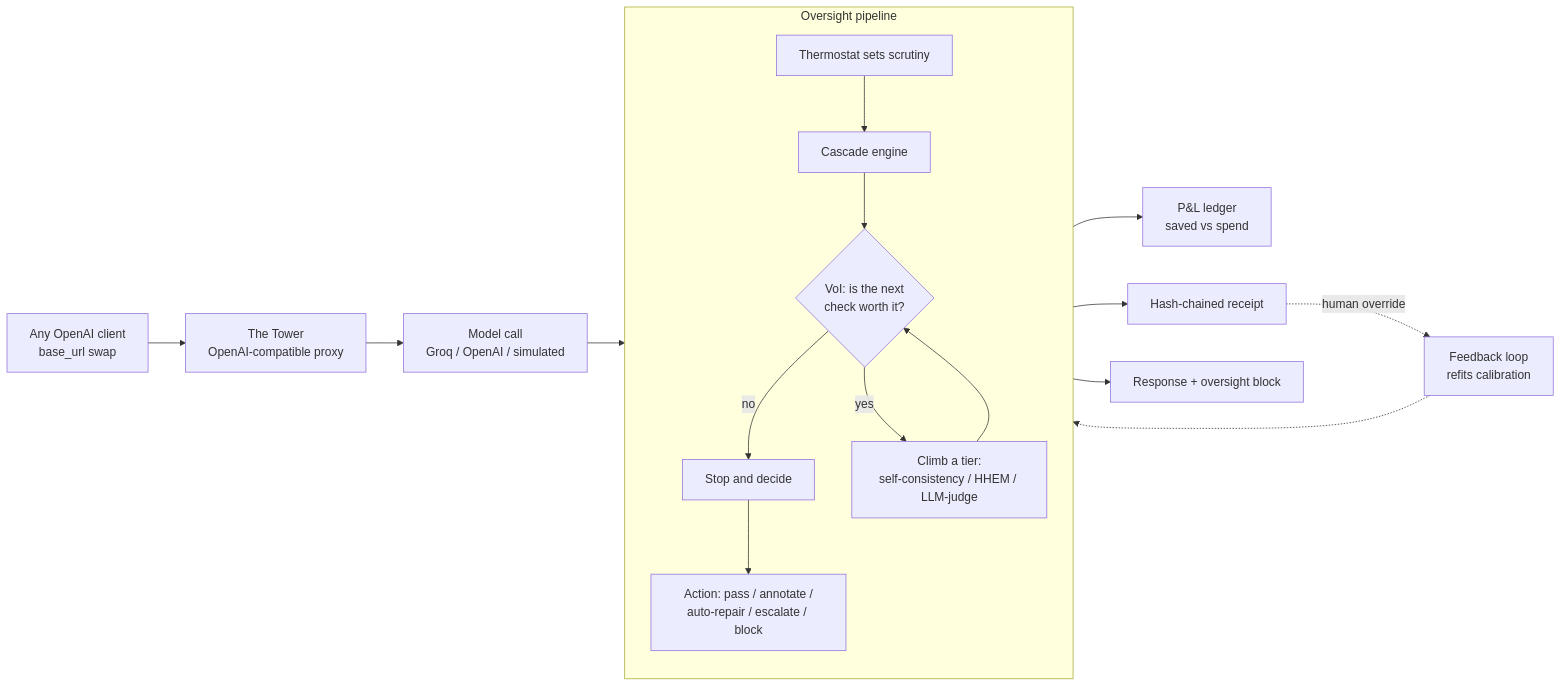
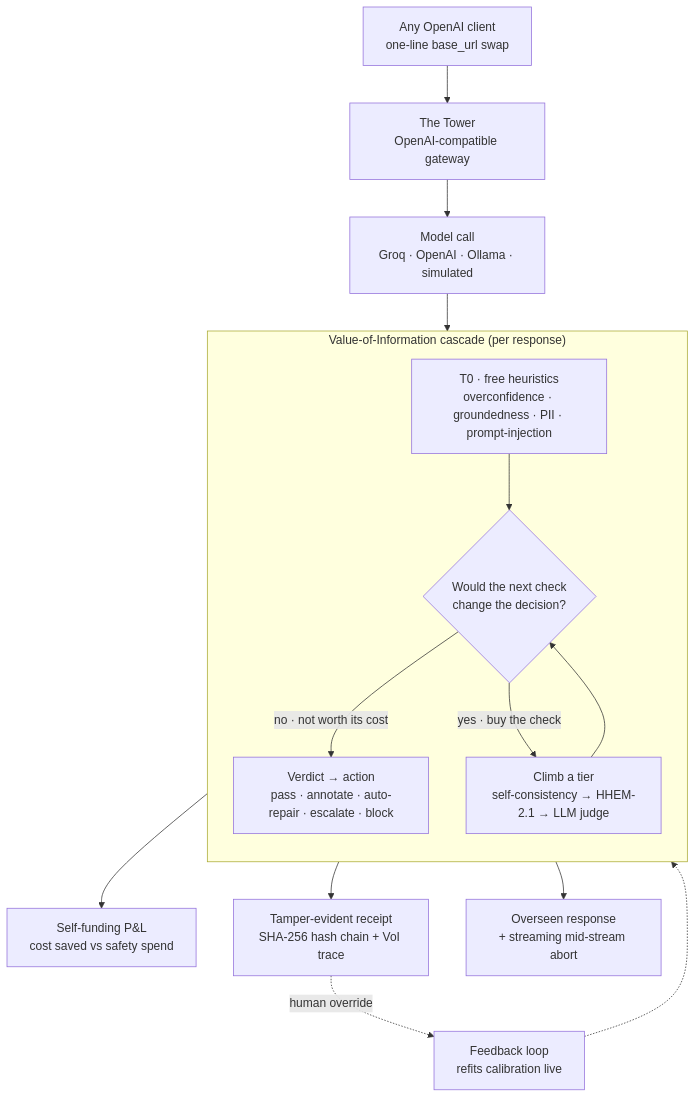
One commit to dhruv-decoder/Hallucinators changed the diagram in README.md. Above: the diagram before and after it, drawn with Mermaid. The commit also changed other lines of this file and 19 other files, not shown here.

````diff
--- a/README.md
+++ b/README.md
@@ -37,20 +62,24 @@
 ```mermaid
-flowchart LR
-    C[Any OpenAI client<br/>base_url swap] --> P[The Tower<br/>OpenAI-compatible proxy]
-    P --> U[Model call<br/>Groq / OpenAI / simulated]
-    U --> O[Oversight pipeline]
-    subgraph O[Oversight pipeline]
+flowchart TB
+    Client["Any OpenAI client<br/>one-line base_url swap"] --> Tower["The Tower<br/>OpenAI-compatible gateway"]
+    Tower --> Model["Model call<br/>Groq · OpenAI · Ollama · simulated"]
+    Model --> Cascade
+
+    subgraph Cascade["Value-of-Information cascade (per response)"]
       direction TB
-      T[Thermostat sets scrutiny] --> E[Cascade engine]
-      E --> V{VoI: is the next<br/>check worth it?}
-      V -- no --> S[Stop and decide]
-      V -- yes --> H[Climb a tier:<br/>self-consistency / HHEM / LLM-judge]
-      H --> V
-      S --> D[Action: pass / annotate /<br/>auto-repair / escalate / block]
+      T0["T0 · free heuristics<br/>overconfidence · groundedness · PII · prompt-injection"]
+      Q{"Would the next check<br/>change the decision?"}
+      Buy["Climb a tier<br/>self-consistency → HHEM-2.1 → LLM judge"]
+      Act["Verdict → action<br/>pass · annotate · auto-repair · escalate · block"]
+      T0 --> Q
+      Q -- "no · not worth its cost" --> Act
+      Q -- "yes · buy the check" --> Buy
+      Buy --> Q
     end
-    O --> L[P&L ledger<br/>saved vs spend]
-    O --> R[Hash-chained receipt]
-    D --> RESP[Response + oversight block]
-    R -.human override.-> FB[Feedback loop<br/>refits calibration]
-    FB -.-> E
+
+    Cascade --> PnL["Self-funding P&L<br/>cost saved vs safety spend"]
+    Cascade --> Receipt["Tamper-evident receipt<br/>SHA-256 hash chain + VoI trace"]
+    Act --> Resp["Overseen response<br/>+ streaming mid-stream abort"]
+    Receipt -. "human override" .-> FB["Feedback loop<br/>refits calibration live"]
+    FB -.-> Cascade
 ```
````
